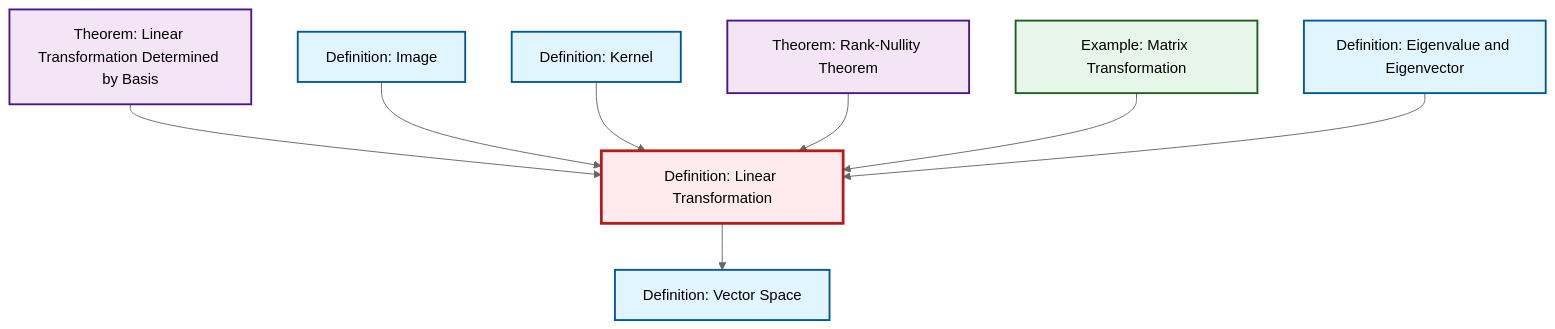
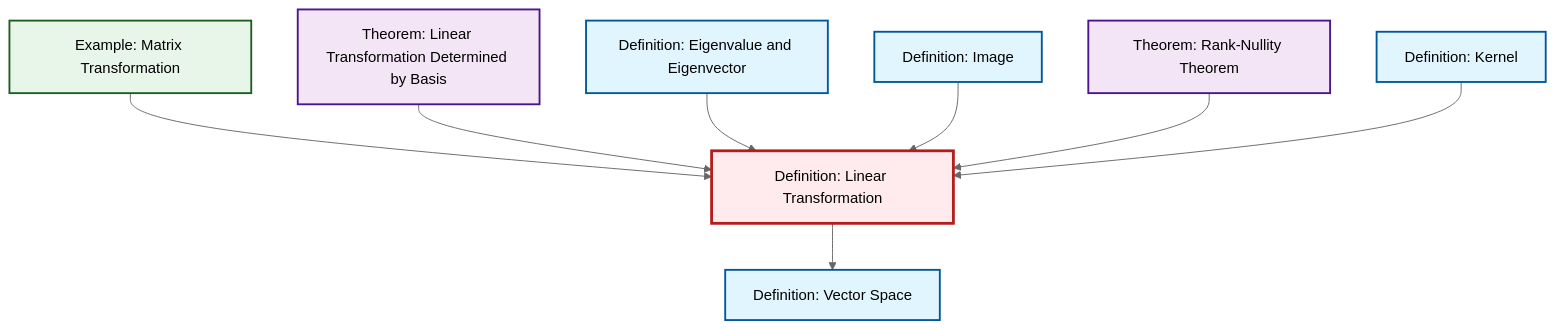
Before and after one commit to RK0429/ModernMath: the diagram in content/ja/algebra/def-linear-transformation.qmd, drawn with Mermaid (neutral theme). The commit also changed other lines of this file and 434 other files, not shown here.

````diff
--- a/content/ja/algebra/def-linear-transformation.qmd
+++ b/content/ja/algebra/def-linear-transformation.qmd
@@ -46,32 +46,32 @@
 ```{mermaid}
 %%| fig-cap: "Local dependency graph"
 graph TD
     classDef definition fill:#e1f5fe,stroke:#01579b,stroke-width:2px
     classDef theorem fill:#f3e5f5,stroke:#4a148c,stroke-width:2px
     classDef axiom fill:#fff3e0,stroke:#e65100,stroke-width:2px
     classDef example fill:#e8f5e9,stroke:#1b5e20,stroke-width:2px
     classDef current fill:#ffebee,stroke:#b71c1c,stroke-width:3px
+    def-linear-transformation["Definition: Linear Transformation"]:::definition
+    thm-linear-transformation-basis["Theorem: Linear Transformation Determined by Basis"]:::theorem
+    ex-matrix-transformation["Example: Matrix Transformation"]:::example
     def-kernel["Definition: Kernel"]:::definition
+    def-image["Definition: Image"]:::definition
+    def-eigenvalue-eigenvector["Definition: Eigenvalue and Eigenvector"]:::definition
+    thm-rank-nullity["Theorem: Rank-Nullity Theorem"]:::theorem
     def-vector-space["Definition: Vector Space"]:::definition
-    ex-matrix-transformation["Example: Matrix Transformation"]:::example
-    thm-rank-nullity["Theorem: Rank-Nullity Theorem"]:::theorem
-    def-image["Definition: Image"]:::definition
-    def-linear-transformation["Definition: Linear Transformation"]:::definition
-    def-eigenvalue-eigenvector["Definition: Eigenvalue and Eigenvector"]:::definition
-    thm-linear-transformation-basis["Theorem: Linear Transformation Determined by Basis"]:::theorem
+    ex-matrix-transformation --> def-linear-transformation
     def-linear-transformation --> def-vector-space
     thm-linear-transformation-basis --> def-linear-transformation
+    def-eigenvalue-eigenvector --> def-linear-transformation
     def-image --> def-linear-transformation
+    thm-rank-nullity --> def-linear-transformation
     def-kernel --> def-linear-transformation
-    thm-rank-nullity --> def-linear-transformation
-    ex-matrix-transformation --> def-linear-transformation
-    def-eigenvalue-eigenvector --> def-linear-transformation
     class def-linear-transformation current
+    click thm-linear-transformation-basis "thm-linear-transformation-basis.html" "Theorem: Linear Transformation Determined by Basisへ"
+    click ex-matrix-transformation "ex-matrix-transformation.html" "Example: Matrix Transformationへ"
     click def-kernel "def-kernel.html" "Definition: Kernelへ"
-    click def-vector-space "def-vector-space.html" "Definition: Vector Spaceへ"
-    click ex-matrix-transformation "ex-matrix-transformation.html" "Example: Matrix Transformationへ"
-    click thm-rank-nullity "thm-rank-nullity.html" "Theorem: Rank-Nullity Theoremへ"
     click def-image "def-image.html" "Definition: Imageへ"
     click def-eigenvalue-eigenvector "def-eigenvalue-eigenvector.html" "Definition: Eigenvalue and Eigenvectorへ"
-    click thm-linear-transformation-basis "thm-linear-transformation-basis.html" "Theorem: Linear Transformation Determined by Basisへ"
+    click thm-rank-nullity "thm-rank-nullity.html" "Theorem: Rank-Nullity Theoremへ"
+    click def-vector-space "def-vector-space.html" "Definition: Vector Spaceへ"
 ```
````
